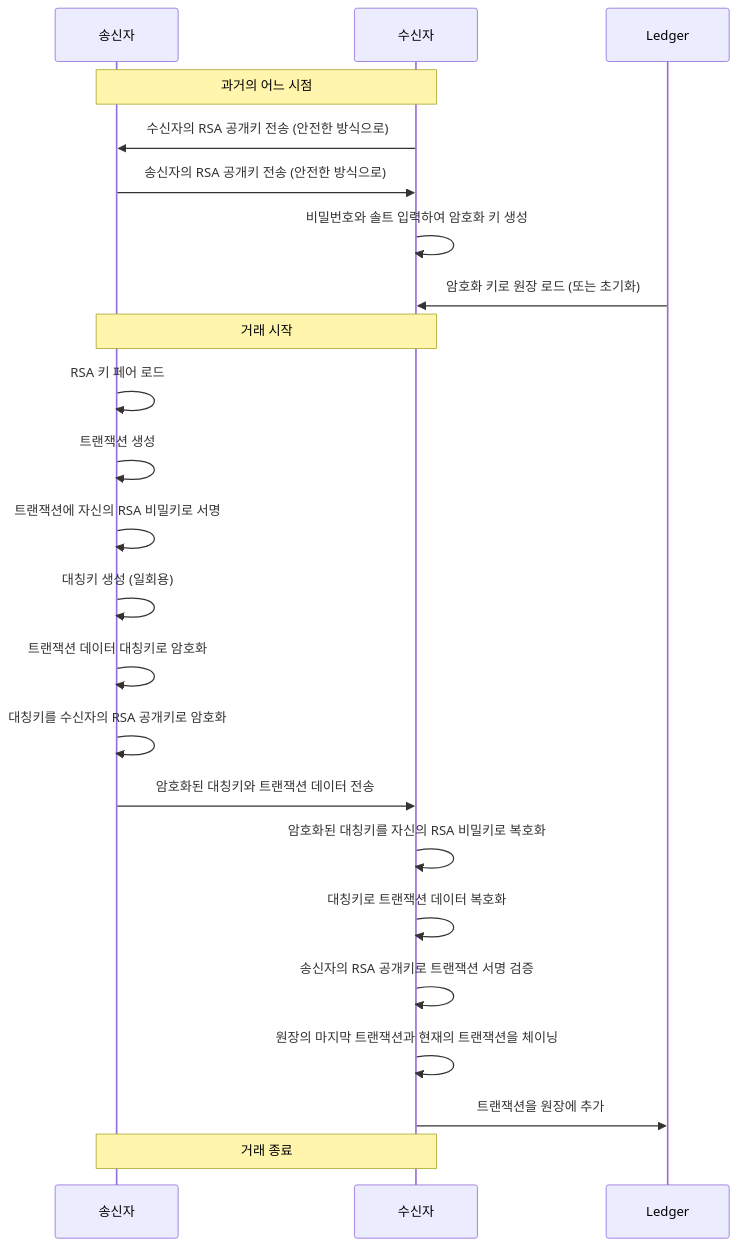
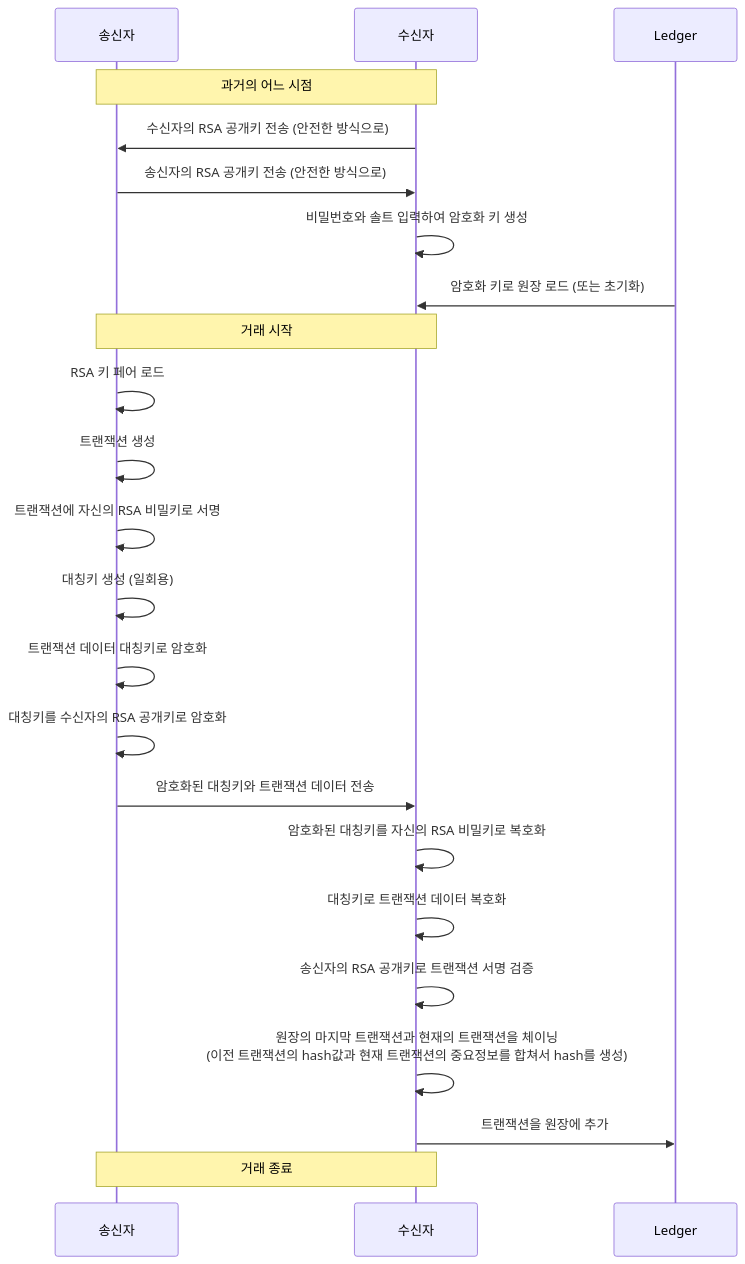
Before and after one commit to tanminkwan/blockchain: the first of 2 diagrams in README.md, drawn with Mermaid. The commit also changed 1 other file, not shown here.

````diff
--- a/README.md
+++ b/README.md
@@ -2,25 +2,25 @@
 ```mermaid
 sequenceDiagram
     participant 송신자
     participant 수신자
     participant Ledger
     Note over 송신자,수신자: 과거의 어느 시점
     수신자->>송신자: 수신자의 RSA 공개키 전송 (안전한 방식으로)
     송신자->>수신자: 송신자의 RSA 공개키 전송 (안전한 방식으로)
     수신자->>수신자: 비밀번호와 솔트 입력하여 암호화 키 생성
     Ledger->>수신자: 암호화 키로 원장 로드 (또는 초기화)
     Note over 송신자,수신자: 거래 시작
     송신자->>송신자: RSA 키 페어 로드    
     송신자->>송신자: 트랜잭션 생성
     송신자->>송신자: 트랜잭션에 자신의 RSA 비밀키로 서명
     송신자->>송신자: 대칭키 생성 (일회용)
     송신자->>송신자: 트랜잭션 데이터 대칭키로 암호화
     송신자->>송신자: 대칭키를 수신자의 RSA 공개키로 암호화
     송신자->>수신자: 암호화된 대칭키와 트랜잭션 데이터 전송
     수신자->>수신자: 암호화된 대칭키를 자신의 RSA 비밀키로 복호화
     수신자->>수신자: 대칭키로 트랜잭션 데이터 복호화
     수신자->>수신자: 송신자의 RSA 공개키로 트랜잭션 서명 검증
-    수신자->>수신자: 원장의 마지막 트랜잭션과 현재의 트랜잭션을 체이닝
+    수신자->>수신자: 원장의 마지막 트랜잭션과 현재의 트랜잭션을 체이닝<br/>(이전 트랜잭션의 hash값과 현재 트랜잭션의 중요정보를 합쳐서 hash를 생성)
     수신자->>Ledger: 트랜잭션을 원장에 추가
     Note over 송신자,수신자: 거래 종료
 ```
````
